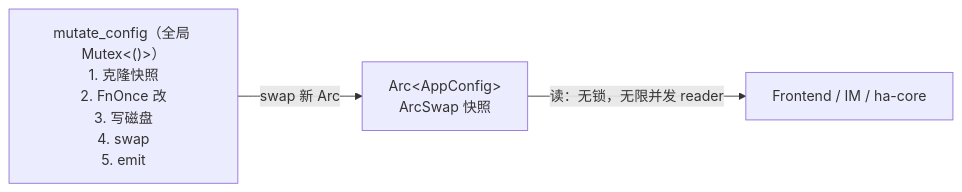
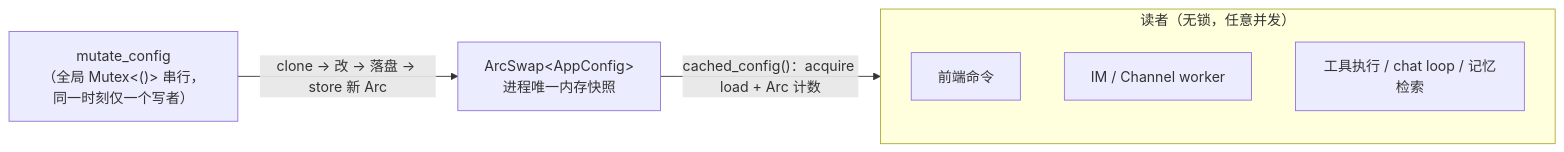
Before and after one commit to shiwenwen/hope-agent: the first of 3 diagrams in docs/architecture/config-system.md, drawn with Mermaid. The commit also changed other lines of this file and 5 other files, not shown here.

````diff
--- a/docs/architecture/config-system.md
+++ b/docs/architecture/config-system.md
@@ -64,9 +67,13 @@
 ```mermaid
 flowchart LR
-    Readers["Frontend / IM / ha-core"]
-    Snapshot["Arc&lt;AppConfig&gt;<br/>ArcSwap 快照"]
-    Mutate["mutate_config（全局 Mutex&lt;()&gt;）<br/>1. 克隆快照<br/>2. FnOnce 改<br/>3. 写磁盘<br/>4. swap<br/>5. emit"]
+    subgraph Readers["读者（无锁，任意并发）"]
+        R1["前端命令"]
+        R2["IM / Channel worker"]
+        R3["工具执行 / chat loop / 记忆检索"]
+    end
+    Snap["ArcSwap&lt;AppConfig&gt;<br/>进程唯一内存快照"]
+    W["mutate_config<br/>（全局 Mutex&lt;()&gt; 串行，同一时刻仅一个写者）"]
 
-    Snapshot -->|"读：无锁，无限并发 reader"| Readers
-    Mutate -->|"swap 新 Arc"| Snapshot
+    Snap -- "cached_config()：acquire load + Arc 计数" --> Readers
+    W -- "clone → 改 → 落盘 → store 新 Arc" --> Snap
 ```
````
